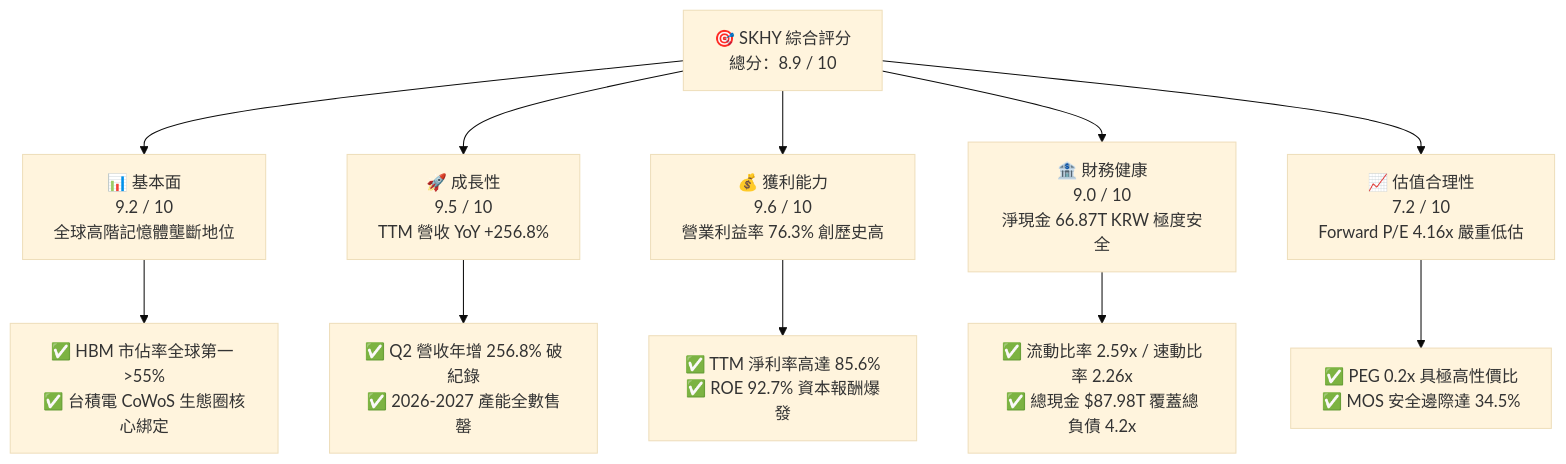
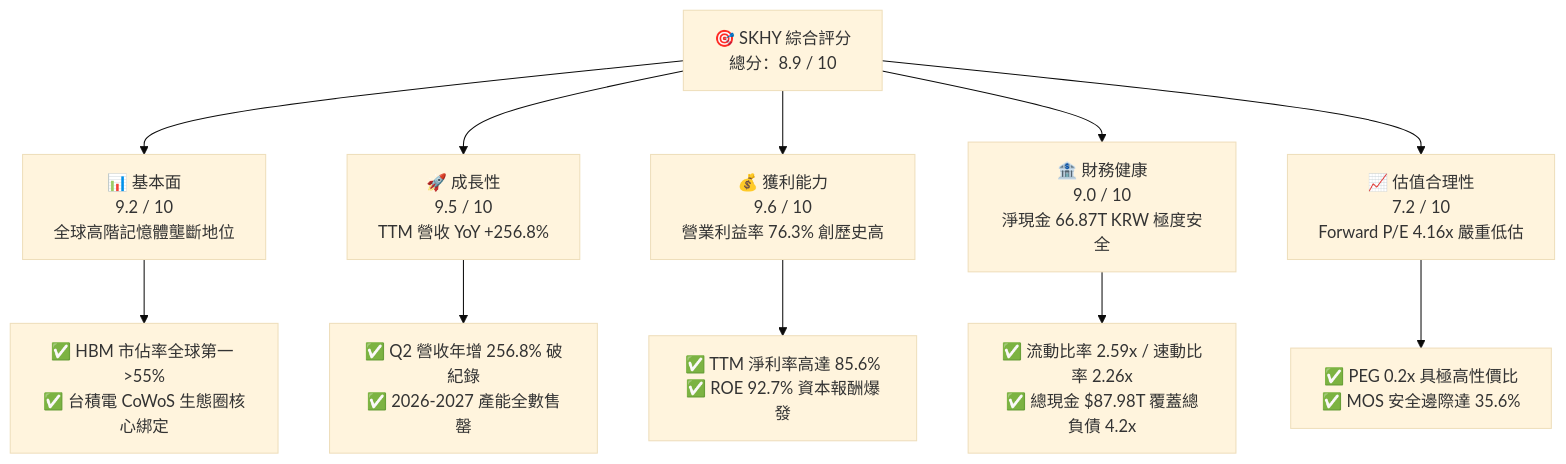
Before and after one commit to yennanliu/finance_data: the first of 15 diagrams in ai_gen_report/fundamental/skhy/fundamental_analysis_2026-10-22_gemini.md, drawn with Mermaid (base theme). The commit also changed other lines of this file and 339 other files, not shown here.

````diff
--- a/ai_gen_report/fundamental/skhy/fundamental_analysis_2026-10-22_gemini.md
+++ b/ai_gen_report/fundamental/skhy/fundamental_analysis_2026-10-22_gemini.md
@@ -61,22 +68,22 @@
 ```mermaid
 graph TD
     TICKER["🎯 SKHY 綜合評分<br/>總分：8.9 / 10"]
 
     F["📊 基本面<br/>9.2 / 10<br/>全球高階記憶體壟斷地位"]
     G["🚀 成長性<br/>9.5 / 10<br/>TTM 營收 YoY +256.8%"]
     P["💰 獲利能力<br/>9.6 / 10<br/>營業利益率 76.3% 創歷史高"]
     B["🏦 財務健康<br/>9.0 / 10<br/>淨現金 66.87T KRW 極度安全"]
     V["📈 估值合理性<br/>7.2 / 10<br/>Forward P/E 4.16x 嚴重低估"]
 
     TICKER --> F
     TICKER --> G
     TICKER --> P
     TICKER --> B
     TICKER --> V
 
     F --> F1["✅ HBM 市佔率全球第一 >55%<br/>✅ 台積電 CoWoS 生態圈核心綁定"]
     G --> G1["✅ Q2 營收年增 256.8% 破紀錄<br/>✅ 2026-2027 產能全數售罄"]
     P --> P1["✅ TTM 淨利率高達 85.6%<br/>✅ ROE 92.7% 資本報酬爆發"]
     B --> B1["✅ 流動比率 2.59x / 速動比率 2.26x<br/>✅ 總現金 $87.98T 覆蓋總負債 4.2x"]
-    V --> V1["✅ PEG 0.2x 具極高性價比<br/>✅ MOS 安全邊際達 34.5%"]
+    V --> V1["✅ PEG 0.2x 具極高性價比<br/>✅ MOS 安全邊際達 35.6%"]
 ```
````
